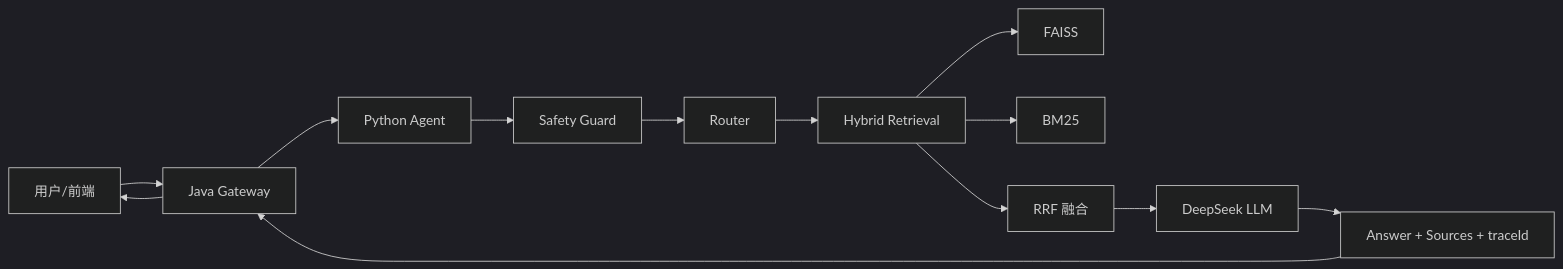
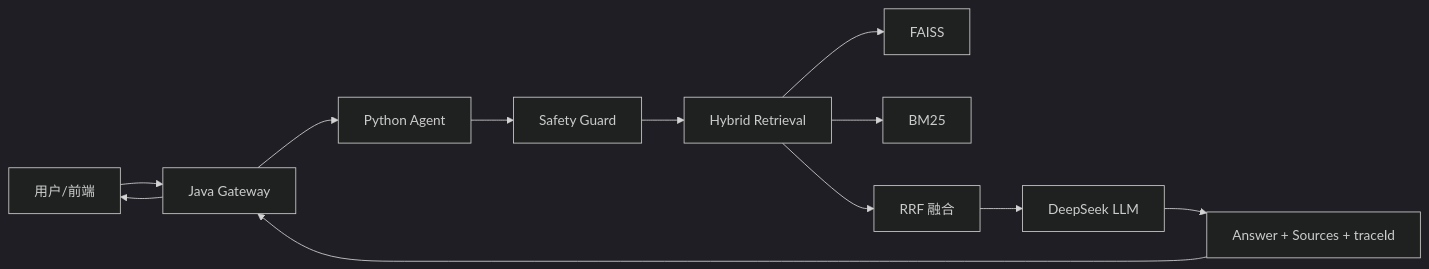
One commit to izz-BLUE/enterprise-ai-copilot changed the diagram in README.md. Above: the diagram before and after it, drawn with Mermaid (dark theme). The commit also changed other lines of this file and 3 other files, not shown here.

Commit message:
docs: sharpen project presentation and roadmap

````diff
--- a/README.md
+++ b/README.md
@@ -16,15 +16,14 @@
 ```mermaid
 flowchart LR
     U[用户/前端] --> J[Java Gateway]
     J --> P[Python Agent]
     P --> SG[Safety Guard]
-    SG --> RT[Router]
-    RT --> HR[Hybrid Retrieval]
+    SG --> HR[Hybrid Retrieval]
     HR --> FA[FAISS]
     HR --> BM[BM25]
     HR --> RF[RRF 融合]
     RF --> LLM[DeepSeek LLM]
     LLM --> ANS[Answer + Sources + traceId]
     ANS --> J
     J --> U
 ```
````
